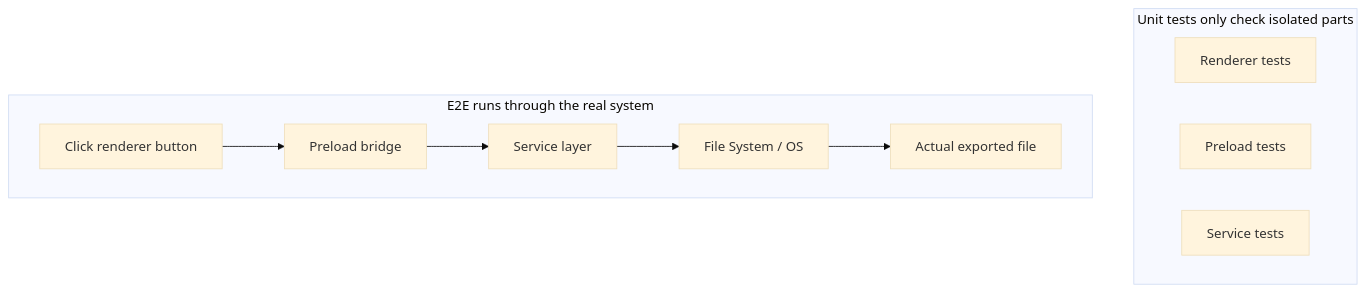
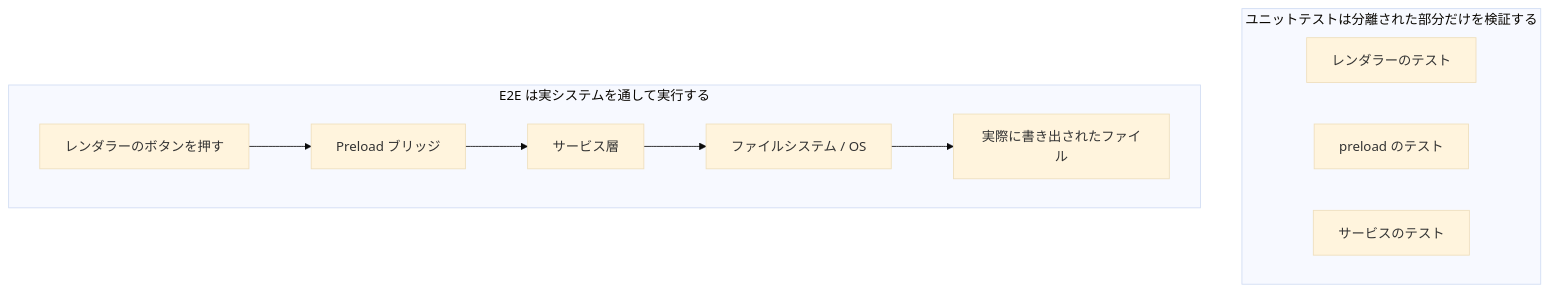
Before and after one commit to mkusaka/learn-harness-engineering: the first of 2 diagrams in docs/en/lectures/lecture-10-why-end-to-end-testing-changes-results/index.md, drawn with Mermaid (base theme). The commit also changed other lines of this file and 571 other files, not shown here.

````diff
--- a/docs/en/lectures/lecture-10-why-end-to-end-testing-changes-results/index.md
+++ b/docs/en/lectures/lecture-10-why-end-to-end-testing-changes-results/index.md
@@ -36,15 +36,15 @@
 ```mermaid
 flowchart TB
-    subgraph Unit["Unit tests only check isolated parts"]
-    U1["Renderer tests"]
-    U2["Preload tests"]
-    U3["Service tests"]
+    subgraph Unit["ユニットテストは分離された部分だけを検証する"]
+    U1["レンダラーのテスト"]
+    U2["preload のテスト"]
+    U3["サービスのテスト"]
     end
 
-    subgraph E2E["E2E runs through the real system"]
-    R["Click renderer button"] --> P["Preload bridge"]
-    P --> S["Service layer"]
-    S --> F["File System / OS"]
-    F --> Result["Actual exported file"]
+    subgraph E2E["E2E は実システムを通して実行する"]
+    R["レンダラーのボタンを押す"] --> P["Preload ブリッジ"]
+    P --> S["サービス層"]
+    S --> F["ファイルシステム / OS"]
+    F --> Result["実際に書き出されたファイル"]
     end
 ```
````
